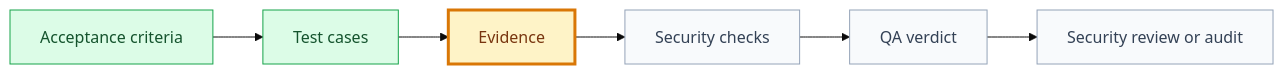
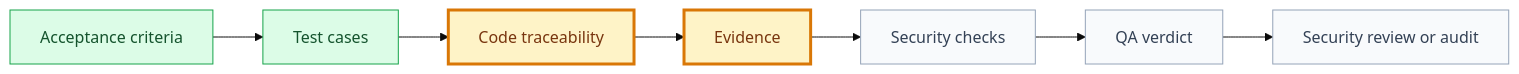
The diagram in knowledge/templates/qa-evidence-template.md (JonatasFreireDev/spec-framework), drawn with Mermaid (base theme) before and after one commit. The commit also changed other lines of this file and 45 other files, not shown here.

Commit message:
Implement task records, code evidence, and rigor tiers

````diff
--- a/knowledge/templates/qa-evidence-template.md
+++ b/knowledge/templates/qa-evidence-template.md
@@ -30,17 +30,18 @@
 ```mermaid
 flowchart LR
   A["Acceptance criteria"] --> T["Test cases"]
-  T --> E["Evidence"]
+  T --> C["Code traceability"]
+  C --> E["Evidence"]
   E --> S["Security checks"]
   S --> V["QA verdict"]
   V --> R["Security review or audit"]
 
   classDef done fill:#dcfce7,stroke:#16a34a,color:#14532d;
   classDef current fill:#fef3c7,stroke:#d97706,color:#78350f,stroke-width:3px;
   classDef pending fill:#f8fafc,stroke:#94a3b8,color:#334155;
   classDef blocked fill:#fee2e2,stroke:#dc2626,color:#7f1d1d;
 
   class A,T done;
-  class E current;
+  class C,E current;
   class S,V,R pending;
 ```
````
